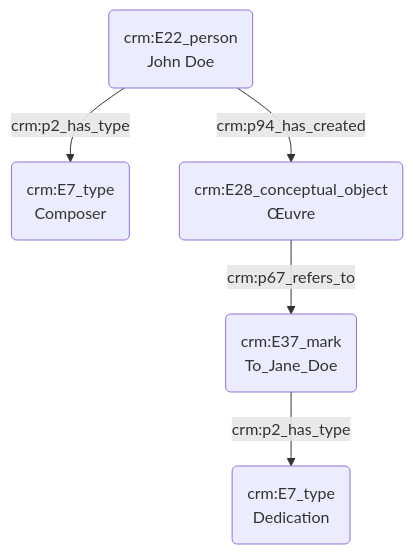
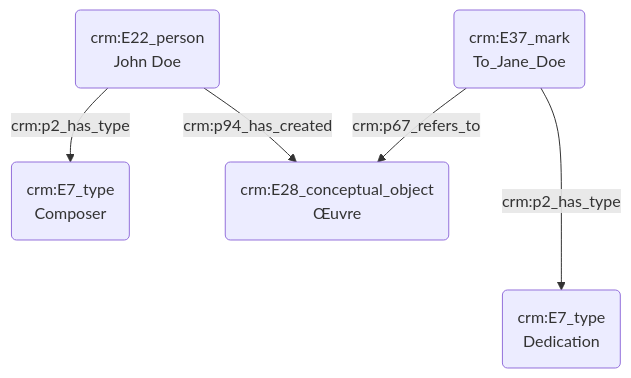
Before and after one commit to Amleth/consortium-musica2-gt2-ontologies: the diagram in modules/livrables/Dossier 2/Indexation conceptuelle/dédicataire d'une œuvre.md, drawn with Mermaid.

Commit message:
Update dédicataire d'une œuvre.md

````diff
--- a/modules/livrables/Dossier 2/Indexation conceptuelle/dédicataire d'une œuvre.md
+++ b/modules/livrables/Dossier 2/Indexation conceptuelle/dédicataire d'une œuvre.md
@@ -13,9 +13,9 @@
 ```mermaid
 graph TD;
 
 A(crm:E22_person<br>John Doe) --> |crm:p2_has_type| B(crm:E7_type<br>Composer)
 A(crm:E22_person<br>John Doe) --> |crm:p94_has_created| C(crm:E28_conceptual_object<br>Œuvre)
-C(crm:E28_conceptual_object<br>Œuvre) --> |crm:p67_refers_to| D(crm:E37_mark<br>To_Jane_Doe)
-D(crm:E37_mark<br>To_Jane_Doe) --> |crm:p2_has_type| E(crm:E7_type<br>Dedication)
+D(crm:E37_mark<br>To_Jane_Doe) --> |crm:p67_refers_to|C(crm:E28_conceptual_object<br>Œuvre) 
+D(crm:E37_mark<br>To_Jane_Doe) ---> |crm:p2_has_type| E(crm:E7_type<br>Dedication)
 
 ```
````
